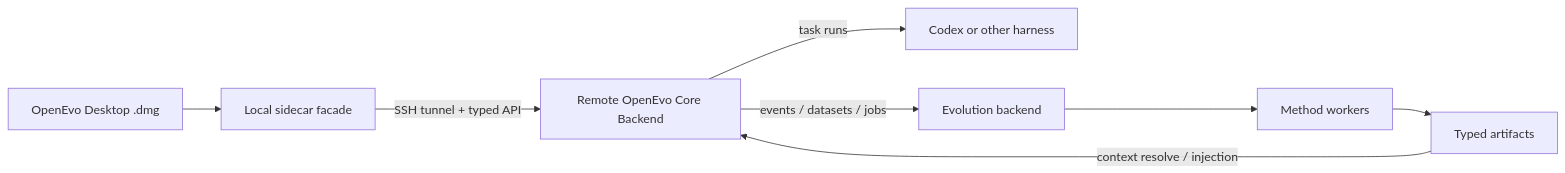
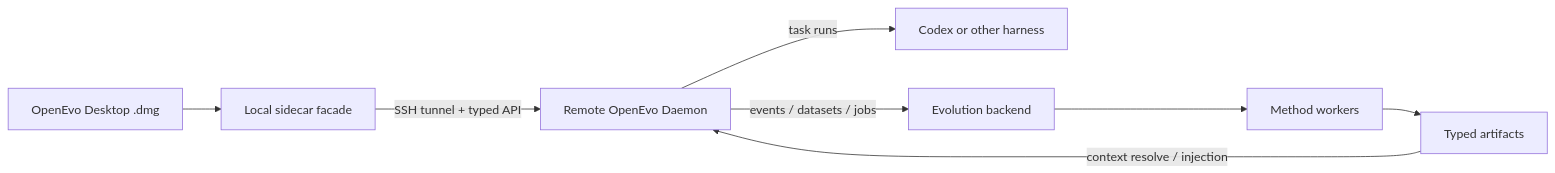
One commit to KDBRonaldo/OpenEvo changed the diagram in docs/architecture/README.md. Above: the diagram before and after it, drawn with Mermaid. The commit also changed other lines of this file and 18 other files, not shown here.

````diff
--- a/docs/architecture/README.md
+++ b/docs/architecture/README.md
@@ -82,18 +83,18 @@
 ```mermaid
 flowchart LR
     Desktop[OpenEvo Desktop .dmg]
     Sidecar[Local sidecar facade]
-    Backend[Remote OpenEvo Core Backend]
+    Backend[Remote OpenEvo Daemon]
     Harness[Codex or other harness]
     Store[Evolution backend]
     Methods[Method workers]
     Artifacts[Typed artifacts]
 
     Desktop --> Sidecar
     Sidecar -->|SSH tunnel + typed API| Backend
     Backend -->|task runs| Harness
     Backend -->|events / datasets / jobs| Store
     Store --> Methods
     Methods --> Artifacts
     Artifacts -->|context resolve / injection| Backend
 ```
````
